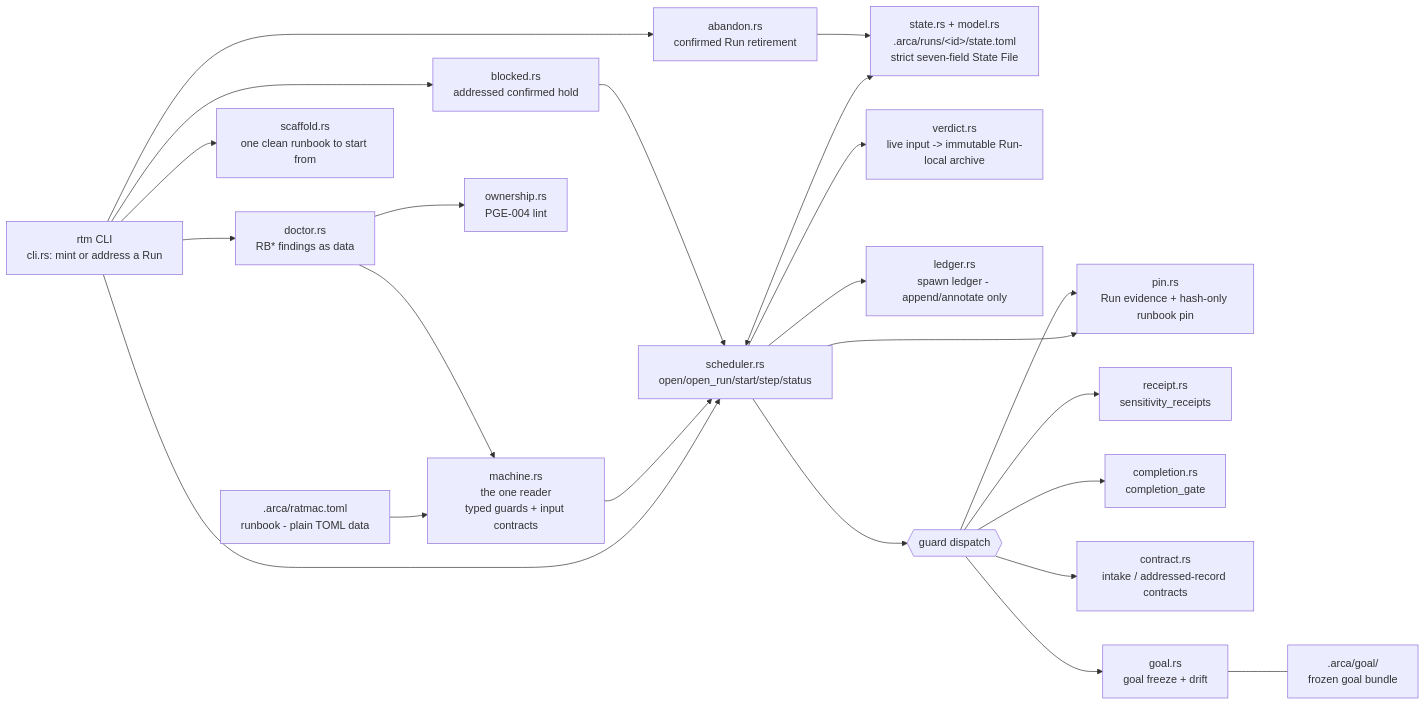
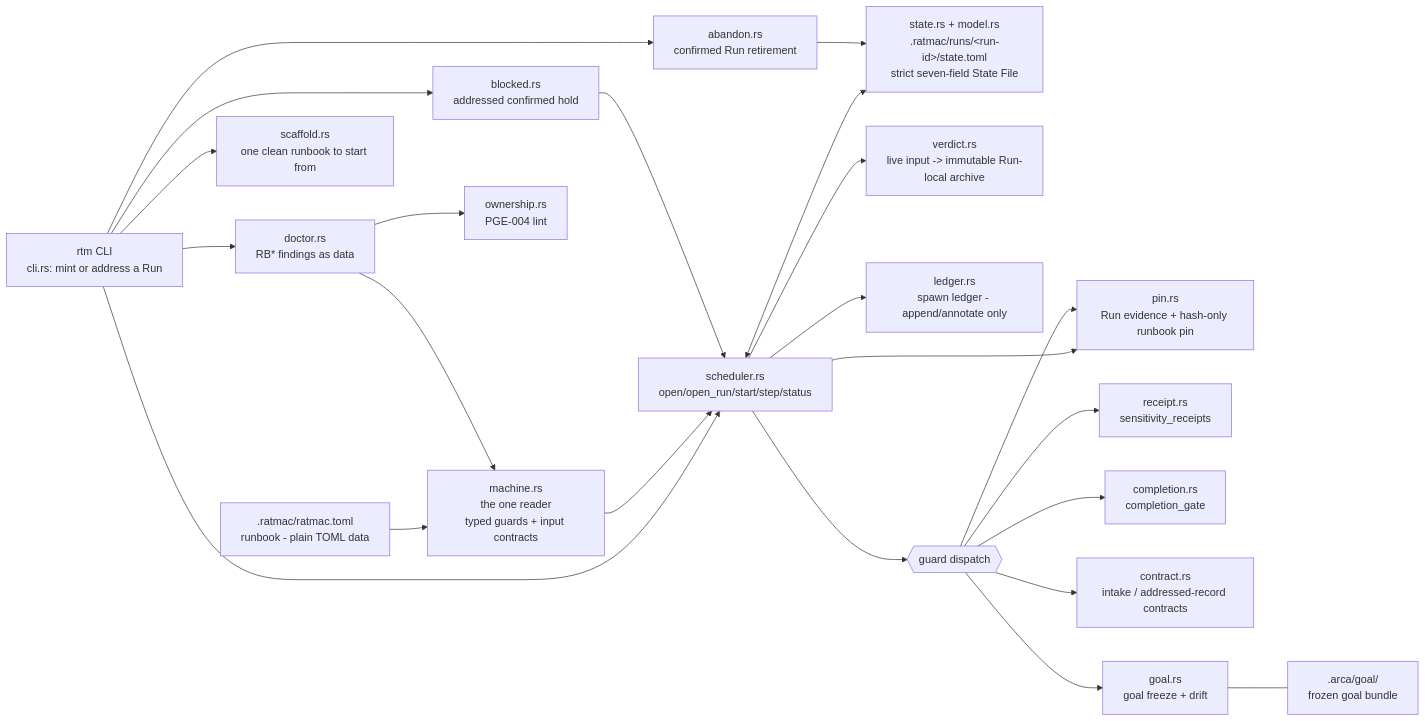
One commit to egoisth777/ratmac changed the diagram in .arca/index.md. Above: the diagram before and after it, drawn with Mermaid. The commit also changed other lines of this file and 22 other files, not shown here.

````diff
--- a/.arca/index.md
+++ b/.arca/index.md
@@ -39,25 +39,25 @@
 ```mermaid
 flowchart LR
     CLI["rtm CLI<br/>cli.rs: mint or address a Run"] --> SCH["scheduler.rs<br/>open/open_run/start/step/status"]
-    RB[".arca/ratmac.toml<br/>runbook - plain TOML data"] --> MC["machine.rs<br/>the one reader<br/>typed guards + input contracts"]
+    RB[".ratmac/ratmac.toml<br/>runbook - plain TOML data"] --> MC["machine.rs<br/>the one reader<br/>typed guards + input contracts"]
     MC --> SCH
-    SCH <--> ST["state.rs + model.rs<br/>.arca/runs/&lt;id&gt;/state.toml<br/>strict seven-field State File"]
+    SCH <--> ST["state.rs + model.rs<br/>.ratmac/runs/&lt;run-id&gt;/state.toml<br/>strict seven-field State File"]
     SCH --> PIN["pin.rs<br/>Run evidence + hash-only runbook pin"]
     SCH --> VER["verdict.rs<br/>live input -> immutable Run-local archive"]
     SCH --> LED["ledger.rs<br/>spawn ledger - append/annotate only"]
     SCH --> G{{guard dispatch}}
     G --> PIN
     G --> REC["receipt.rs<br/>sensitivity_receipts"]
     G --> COM["completion.rs<br/>completion_gate"]
     G --> CON["contract.rs<br/>intake / addressed-record contracts"]
     G --> GOL["goal.rs<br/>goal freeze + drift"]
     CLI --> HLD["blocked.rs<br/>addressed confirmed hold"]
     HLD --> SCH
     CLI --> ABN["abandon.rs<br/>confirmed Run retirement"]
     ABN --> ST
     GOL --- GB[".arca/goal/<br/>frozen goal bundle"]
     CLI --> DOC["doctor.rs<br/>RB* findings as data"]
     CLI --> SCA["scaffold.rs<br/>one clean runbook to start from"]
     DOC --> MC
     DOC --> OWN["ownership.rs<br/>PGE-004 lint"]
 ```
````
